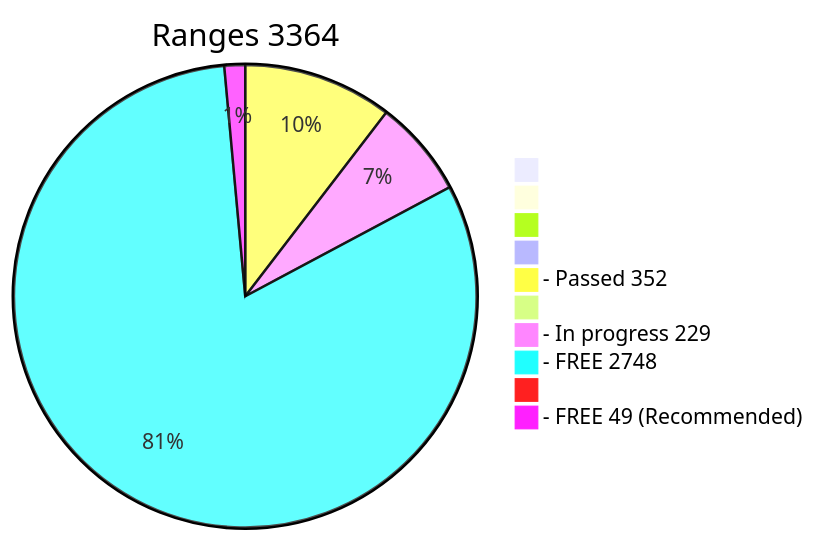
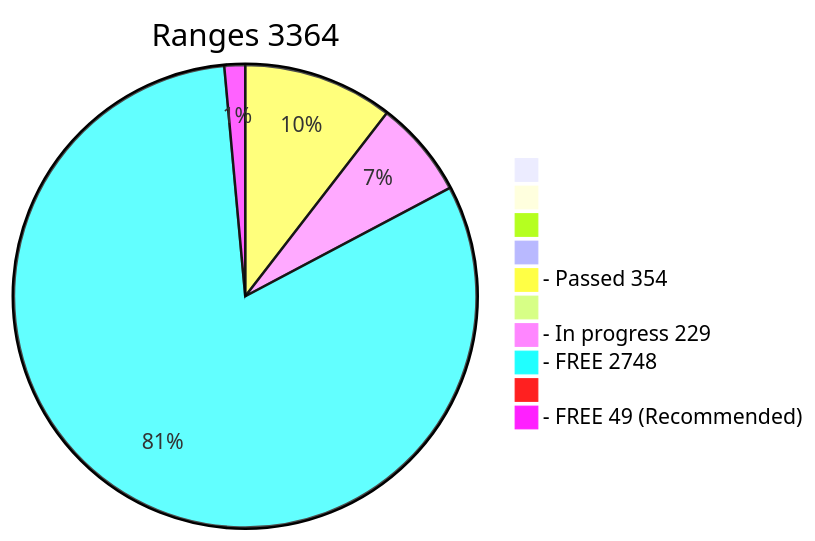
The diagram in x64/Release/table.md (phrutis/wif500), drawn with Mermaid before and after one commit. The commit also changed other lines of this file, not shown here.

````diff
--- a/x64/Release/table.md
+++ b/x64/Release/table.md
@@ -2,13 +2,13 @@
 ```mermaid
 pie title Ranges 3364
   " " : 0
   "  " : 0
   "   " : 0
   "    " : 0
-  "- Passed 352" : 352
+  "- Passed 354" : 354
   "     " : 0
   "- In progress 229" : 229
   "- FREE 2748" : 2748
   "      " : 0
   "- FREE 49 (Recommended)" : 49
 ```
````
